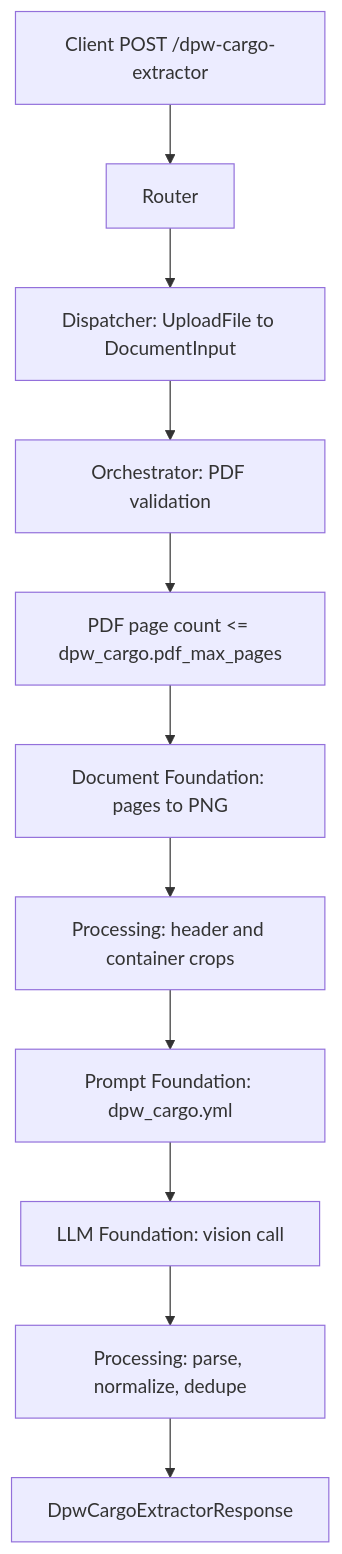
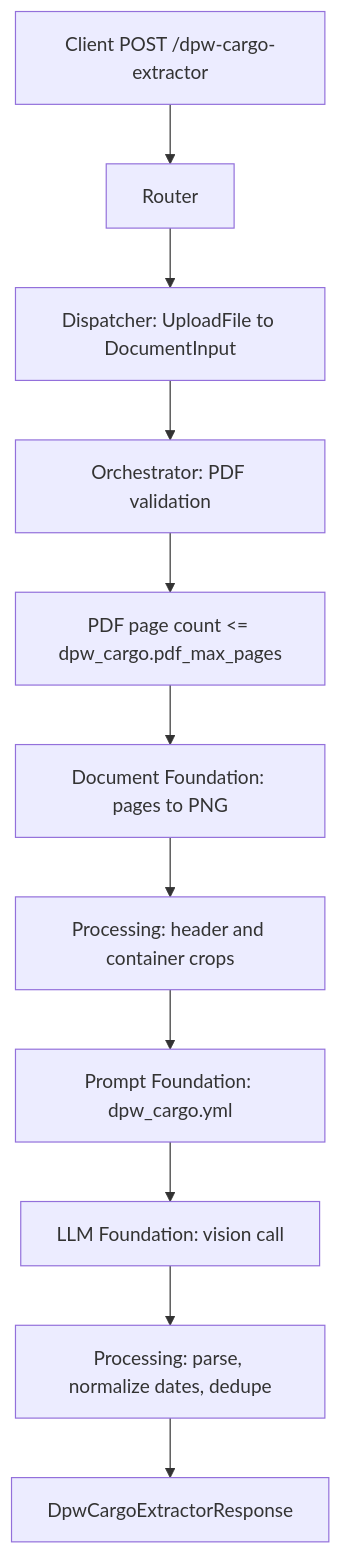
The diagram in docs/DPW/api_docs.md (Jastin-vlogger/royal-horizon-document-ai-main), drawn with Mermaid before and after one commit. The commit also changed other lines of this file and 5 other files, not shown here.

````diff
--- a/docs/DPW/api_docs.md
+++ b/docs/DPW/api_docs.md
@@ -57,13 +57,13 @@
 ```mermaid
 flowchart TD
     A["Client POST /dpw-cargo-extractor"] --> B["Router"]
     B --> C["Dispatcher: UploadFile to DocumentInput"]
     C --> D["Orchestrator: PDF validation"]
     D --> E["PDF page count <= dpw_cargo.pdf_max_pages"]
     E --> F["Document Foundation: pages to PNG"]
     F --> G["Processing: header and container crops"]
     G --> H["Prompt Foundation: dpw_cargo.yml"]
     H --> I["LLM Foundation: vision call"]
-    I --> J["Processing: parse, normalize, dedupe"]
+    I --> J["Processing: parse, normalize dates, dedupe"]
     J --> K["DpwCargoExtractorResponse"]
 ```
````
